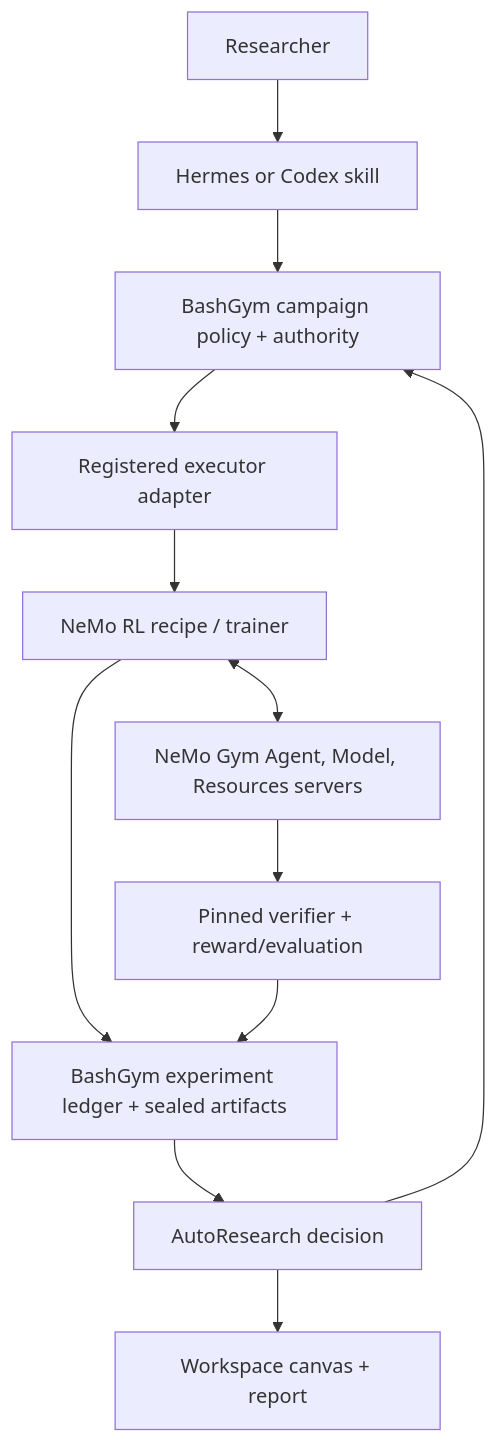
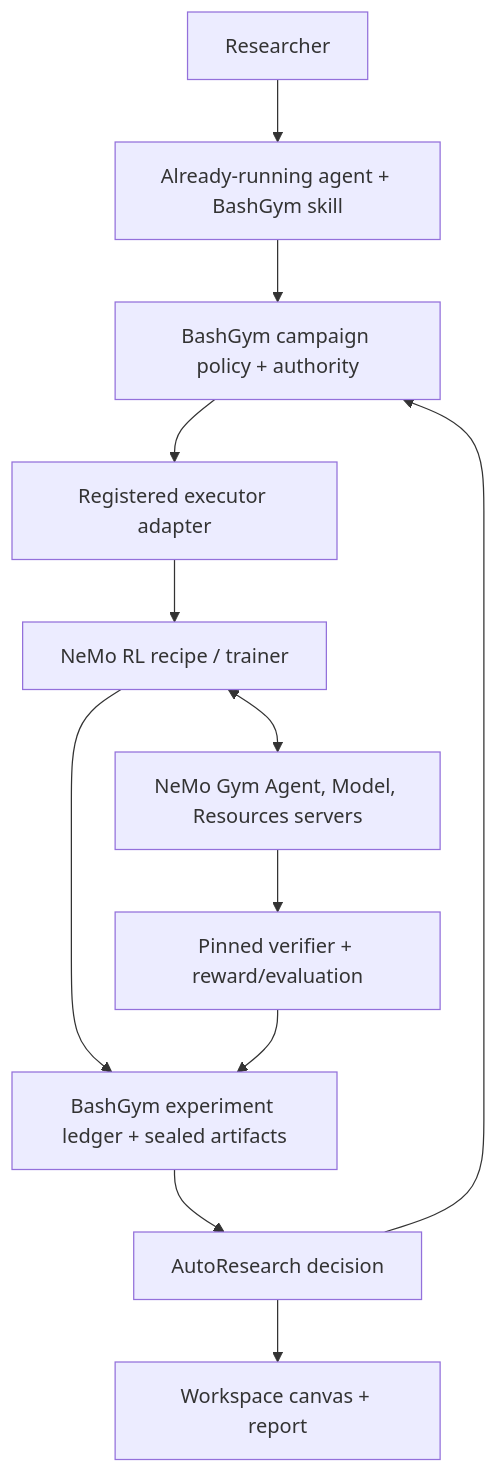
Before and after one commit to GhostPeony/bashgym: the second of 2 diagrams in docs/training/bashgym-autoresearch-nvidia-brief.md, drawn with Mermaid. The commit also changed other lines of this file and 3 other files, not shown here.

````diff
--- a/docs/training/bashgym-autoresearch-nvidia-brief.md
+++ b/docs/training/bashgym-autoresearch-nvidia-brief.md
@@ -254,14 +278,14 @@
 ```mermaid
 flowchart TB
-  U["Researcher"] --> A["Hermes or Codex skill"]
+  U["Researcher"] --> A["Already-running agent + BashGym skill"]
   A --> P["BashGym campaign policy + authority"]
   P --> E["Registered executor adapter"]
   E --> RL["NeMo RL recipe / trainer"]
   RL <--> G["NeMo Gym Agent, Model, Resources servers"]
   G --> V["Pinned verifier + reward/evaluation"]
   RL --> L["BashGym experiment ledger + sealed artifacts"]
   V --> L
   L --> D["AutoResearch decision"]
   D --> P
   D --> C["Workspace canvas + report"]
 ```
````
